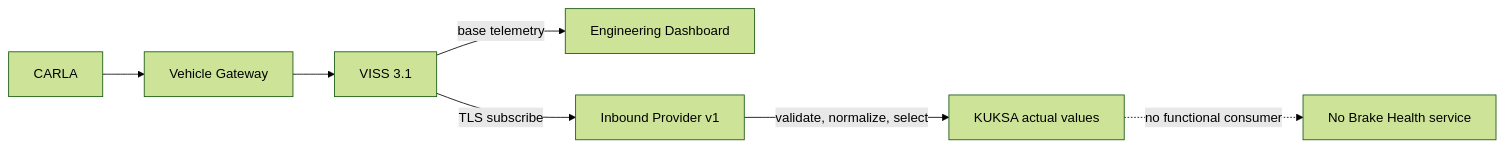
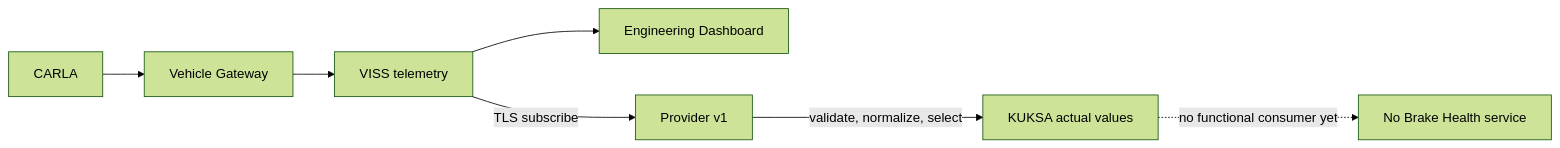
One commit to alexmaninblack/aosedge-sdv-demo changed the sixth of 17 diagrams in docs/architecture/demo-scenario-architecture-flows.md. Above: the diagram before and after it, drawn with Mermaid (forest theme). The commit also changed other lines of this file and 51 other files, not shown here.

````diff
--- a/docs/architecture/demo-scenario-architecture-flows.md
+++ b/docs/architecture/demo-scenario-architecture-flows.md
@@ -193,8 +366,8 @@
 ```mermaid
 flowchart LR
-    CARLA["CARLA"] --> EGO["Vehicle Gateway"] --> VISS["VISS 3.1"]
-    VISS -->|"base telemetry"| ED["Engineering Dashboard"]
-    VISS -->|"TLS subscribe"| PIN["Inbound Provider v1"]
-    PIN -->|"validate, normalize, select"| KUKSA["KUKSA actual values"]
-    KUKSA -. "no functional consumer" .-> NONE["No Brake Health service"]
+    CARLA["CARLA"] --> GW["Vehicle Gateway"] --> VISS["VISS telemetry"]
+    VISS --> ENG["Engineering Dashboard"]
+    VISS -->|"TLS subscribe"| P1["Provider v1"]
+    P1 -->|"validate, normalize, select"| KUKSA["KUKSA actual values"]
+    KUKSA -. "no functional consumer yet" .-> NONE["No Brake Health service"]
 ```
````
